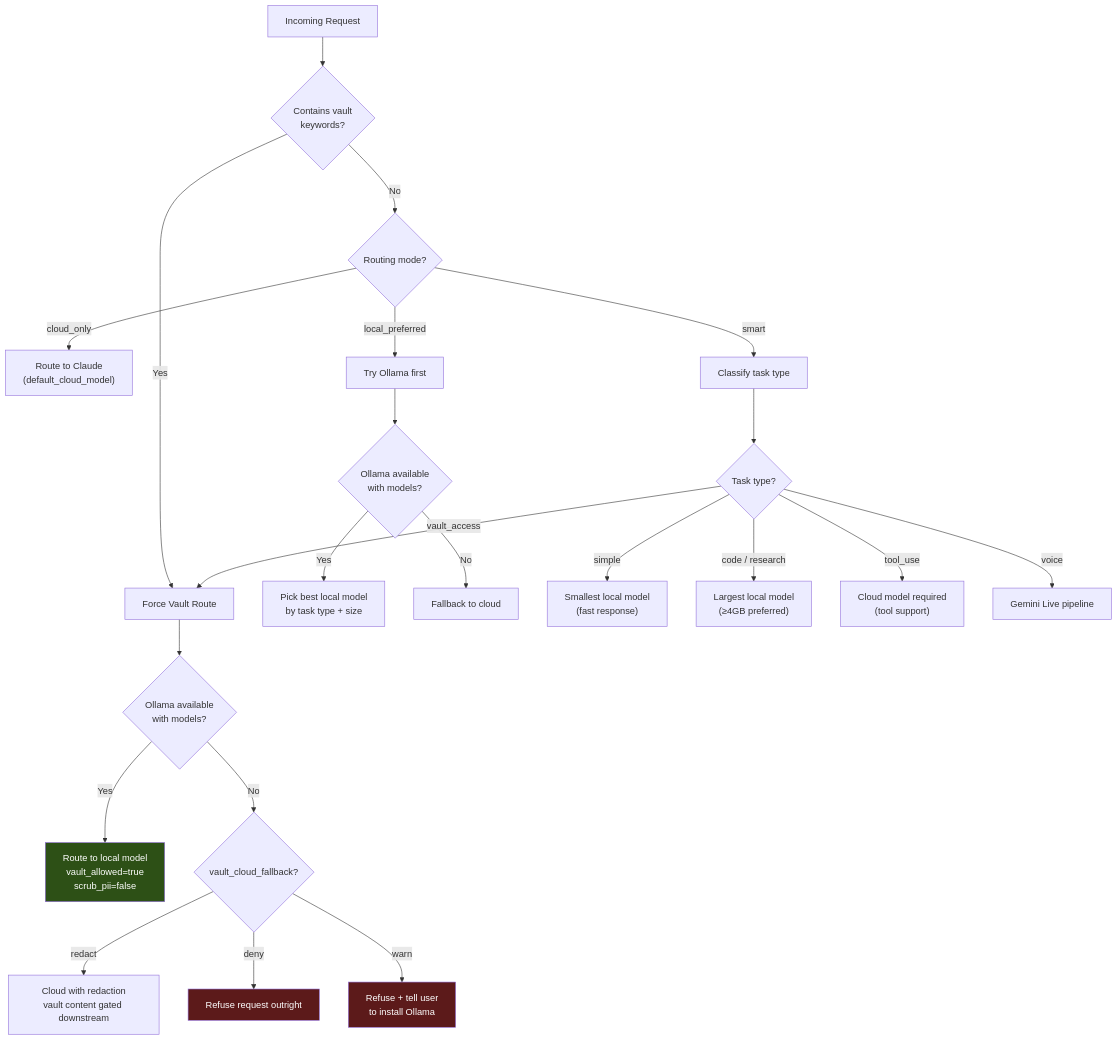
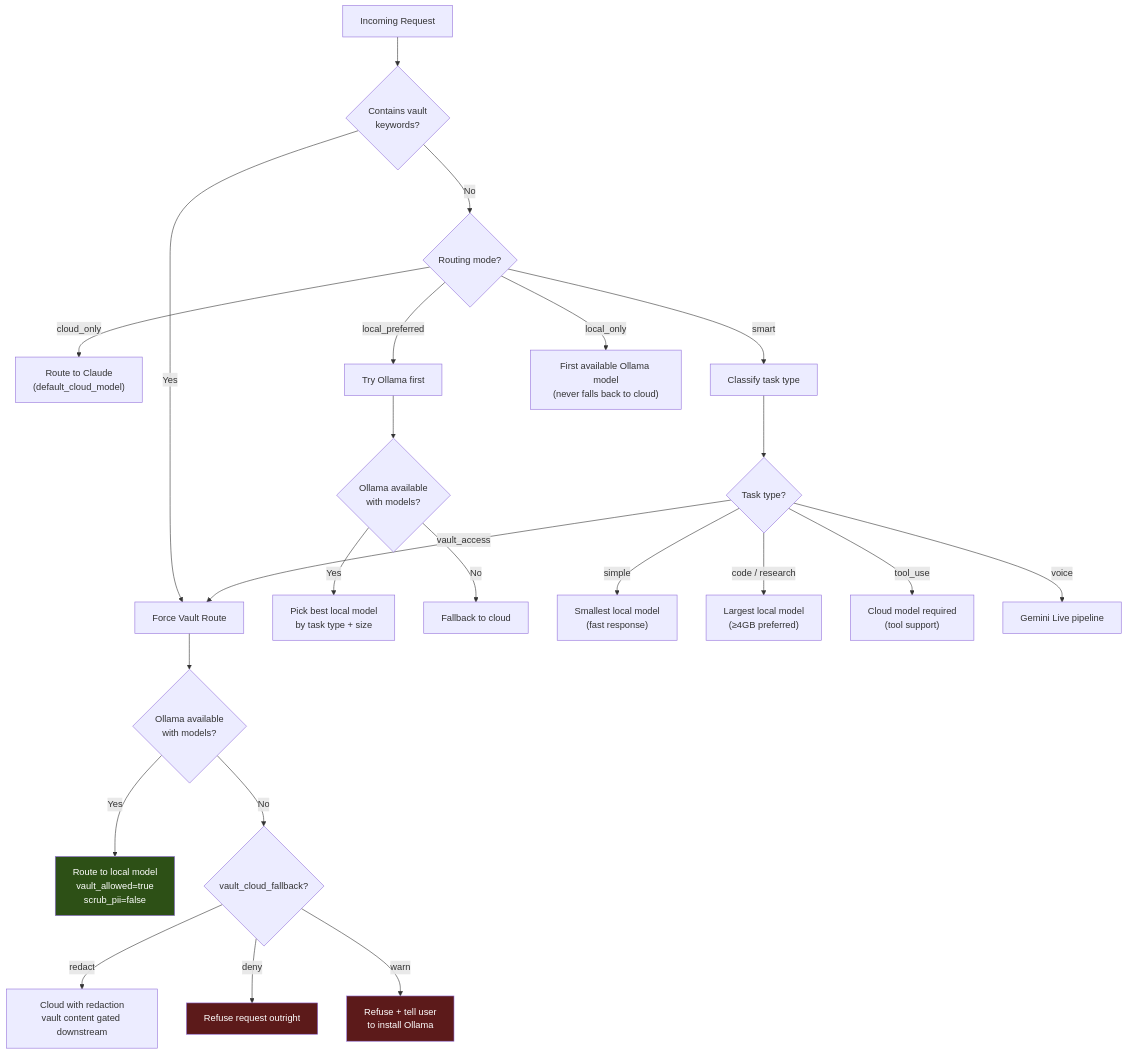
Before and after one commit to FutureSpeakAI/Agent-Friday: the third of 8 diagrams in docs/ARCHITECTURE.md, drawn with Mermaid. The commit also changed other lines of this file and 34 other files, not shown here.

````diff
--- a/docs/ARCHITECTURE.md
+++ b/docs/ARCHITECTURE.md
@@ -120,33 +123,34 @@
 ```mermaid
 flowchart TD
     Start[Incoming Request] --> VaultCheck{Contains vault<br/>keywords?}
 
     VaultCheck -->|Yes| VaultRoute[Force Vault Route]
     VaultCheck -->|No| ModeCheck{Routing mode?}
 
     VaultRoute --> OllamaAvail{Ollama available<br/>with models?}
     OllamaAvail -->|Yes| LocalVault["Route to local model<br/>vault_allowed=true<br/>scrub_pii=false"]
     OllamaAvail -->|No| Fallback{vault_cloud_fallback?}
     Fallback -->|redact| CloudRedact["Cloud with redaction<br/>vault content gated downstream"]
     Fallback -->|deny| Refuse[Refuse request outright]
     Fallback -->|warn| RefuseWarn["Refuse + tell user<br/>to install Ollama"]
 
     ModeCheck -->|cloud_only| CloudOnly["Route to Claude<br/>(default_cloud_model)"]
     ModeCheck -->|local_preferred| LocalPref[Try Ollama first]
     ModeCheck -->|smart| SmartRoute[Classify task type]
+    ModeCheck -->|local_only| LocalOnly["First available Ollama model<br/>(never falls back to cloud)"]
 
     LocalPref --> OllamaCheck{Ollama available<br/>with models?}
     OllamaCheck -->|Yes| PickLocal["Pick best local model<br/>by task type + size"]
     OllamaCheck -->|No| FallbackCloud[Fallback to cloud]
 
     SmartRoute --> TaskType{Task type?}
     TaskType -->|simple| SmallLocal["Smallest local model<br/>(fast response)"]
     TaskType -->|code / research| LargeLocal["Largest local model<br/>(≥4GB preferred)"]
     TaskType -->|tool_use| CloudTools["Cloud model required<br/>(tool support)"]
     TaskType -->|voice| GeminiVoice[Gemini Live pipeline]
     TaskType -->|vault_access| VaultRoute
 
     style LocalVault fill:#2d5016,color:#fff
     style Refuse fill:#5c1a1a,color:#fff
     style RefuseWarn fill:#5c1a1a,color:#fff
 ```
````
